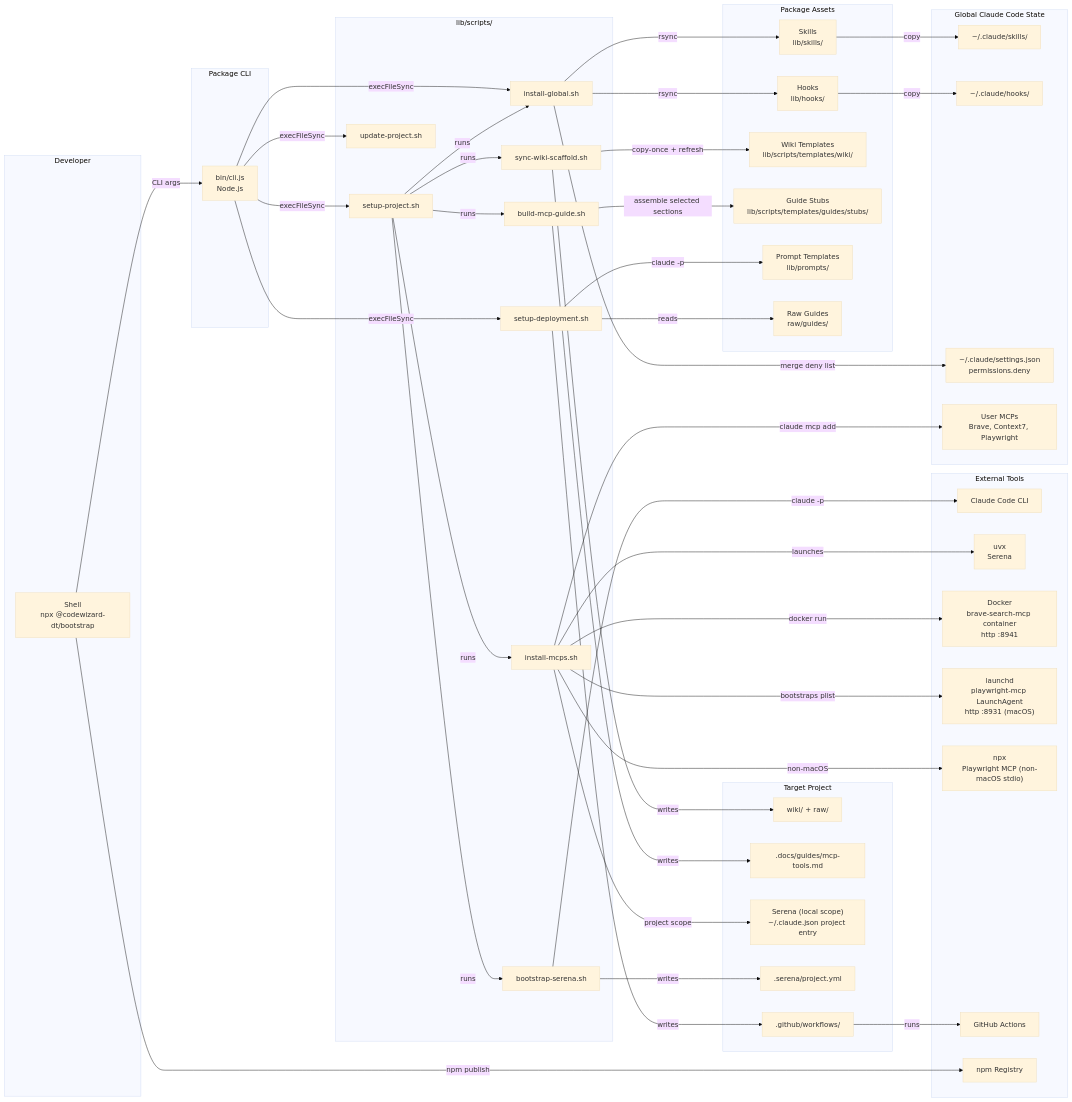
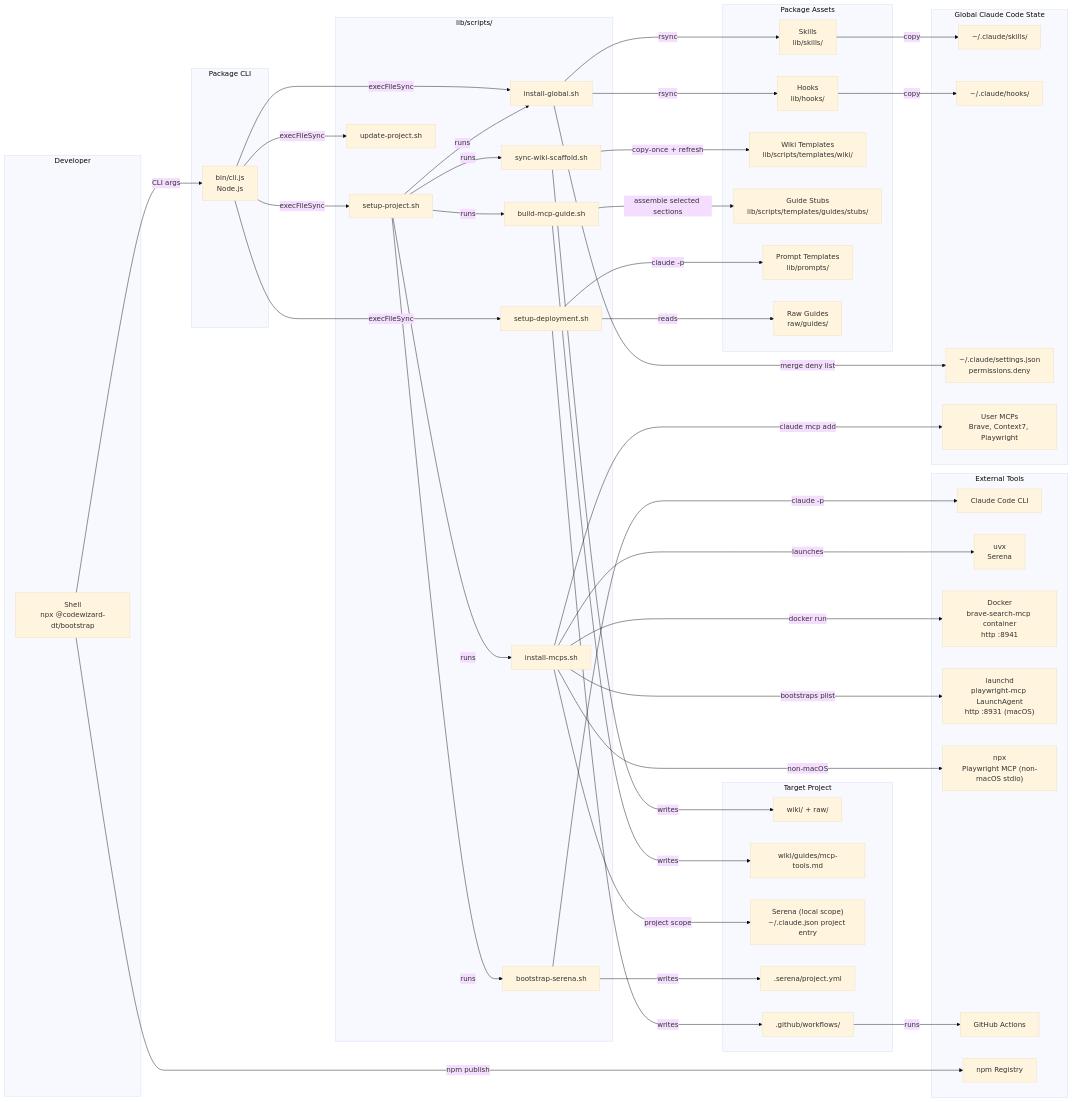
Before and after one commit to codewizard-dt/bootstrap-claude: the first of 3 diagrams in README.md, drawn with Mermaid (base theme). The commit also changed other lines of this file and 82 other files, not shown here.

Commit message:
[minor] Release 2.13.0: move guides into wiki/guides/ with legacy .docs migration, CLAUDE.md-vs-CLAUDE.local.md interactive choice on setup, drop vestigial build.yml

```diff
--- a/README.md
+++ b/README.md
@@ -135,7 +135,7 @@
 
   subgraph Target ["Target Project"]
     WIKI_DIR["wiki/ + raw/"]
-    DOCS[".docs/guides/mcp-tools.md"]
+    DOCS["wiki/guides/mcp-tools.md"]
     MCP_JSON["Serena (local scope)<br/>~/.claude.json project entry"]
     SERENA_CFG[".serena/project.yml"]
     WORKFLOWS[".github/workflows/"]
```
